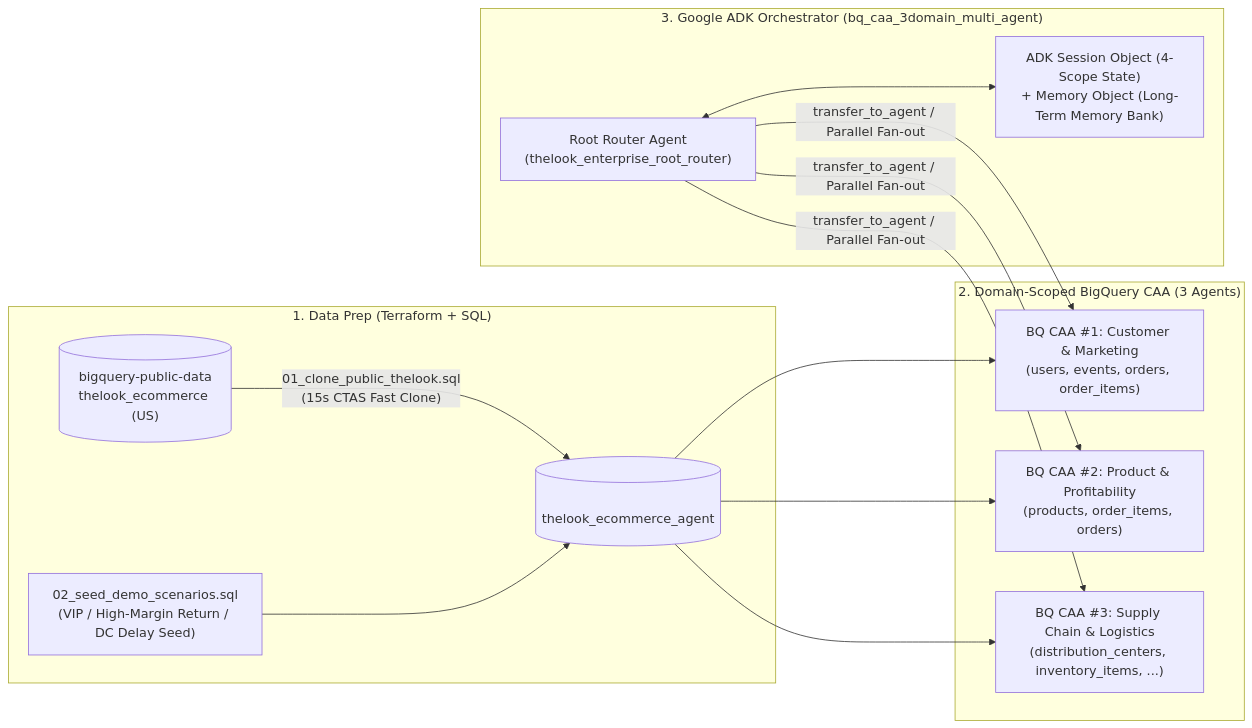
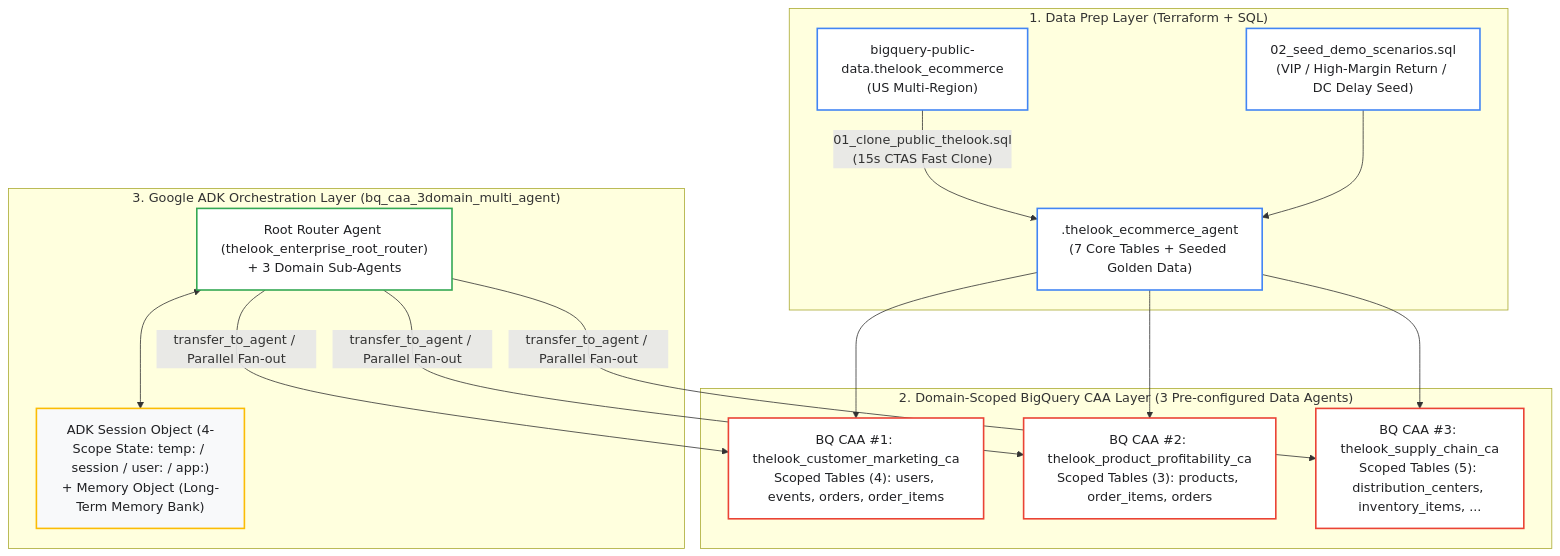
Before and after one commit to rhkim77/adk_with_bq_caa_lab: the diagram in README.md, drawn with Mermaid. The commit also changed other lines of this file and 3 other files, not shown here.

Commit message:
docs: rewrite repository markdown guides to conform to CE authoring and Mermaid standards

````diff
--- a/README.md
+++ b/README.md
@@ -30,25 +32,30 @@
 ```mermaid
-flowchart LR
-  subgraph DataPrep["1. Data Prep (Terraform + SQL)"]
-    PUB[("bigquery-public-data<br/>thelook_ecommerce (US)")] -->|"01_clone_public_thelook.sql<br/>(15s CTAS Fast Clone)"| DS[("<USER_PROJECT><br/>thelook_ecommerce_agent")]
-    SEED["02_seed_demo_scenarios.sql<br/>(VIP / High-Margin Return / DC Delay Seed)"] --> DS
+flowchart TD
+  classDef prepNode fill:#FFFFFF,stroke:#4285F4,stroke-width:2px,color:#202124
+  classDef caaNode fill:#FFFFFF,stroke:#EA4335,stroke-width:2px,color:#202124
+  classDef adkNode fill:#FFFFFF,stroke:#34A853,stroke-width:2px,color:#202124
+  classDef stateNode fill:#F8F9FA,stroke:#FBBC04,stroke-width:2px,color:#202124
+
+  subgraph DataPrep["1. Data Prep Layer (Terraform + SQL)"]
+    PUB["bigquery-public-data.thelook_ecommerce<br/>(US Multi-Region)"]:::prepNode -->|"01_clone_public_thelook.sql<br/>(15s CTAS Fast Clone)"| DS["<USER_PROJECT>.thelook_ecommerce_agent<br/>(7 Core Tables + Seeded Golden Data)"]:::prepNode
+    SEED["02_seed_demo_scenarios.sql<br/>(VIP / High-Margin Return / DC Delay Seed)"]:::prepNode --> DS
   end
 
-  subgraph CAALayer["2. Domain-Scoped BigQuery CAA (3 Agents)"]
-    CAA1["BQ CAA #1: Customer & Marketing<br/>(users, events, orders, order_items)"]
-    CAA2["BQ CAA #2: Product & Profitability<br/>(products, order_items, orders)"]
-    CAA3["BQ CAA #3: Supply Chain & Logistics<br/>(distribution_centers, inventory_items, ...)"]
+  subgraph CAALayer["2. Domain-Scoped BigQuery CAA Layer (3 Pre-configured Data Agents)"]
+    CAA1["BQ CAA #1: thelook_customer_marketing_ca<br/>Scoped Tables (4): users, events, orders, order_items"]:::caaNode
+    CAA2["BQ CAA #2: thelook_product_profitability_ca<br/>Scoped Tables (3): products, order_items, orders"]:::caaNode
+    CAA3["BQ CAA #3: thelook_supply_chain_ca<br/>Scoped Tables (5): distribution_centers, inventory_items, ..."]:::caaNode
     DS --> CAA1
     DS --> CAA2
     DS --> CAA3
   end
 
-  subgraph ADKLayer["3. Google ADK Orchestrator (bq_caa_3domain_multi_agent)"]
-    ROOT["Root Router Agent<br/>(thelook_enterprise_root_router)"]
-    SM["ADK Session Object (4-Scope State)<br/>+ Memory Object (Long-Term Memory Bank)"]
+  subgraph ADKLayer["3. Google ADK Orchestration Layer (bq_caa_3domain_multi_agent)"]
+    ROOT["Root Router Agent (thelook_enterprise_root_router)<br/>+ 3 Domain Sub-Agents"]:::adkNode
+    SM["ADK Session Object (4-Scope State: temp: / session / user: / app:)<br/>+ Memory Object (Long-Term Memory Bank)"]:::stateNode
     ROOT <--> SM
-    ROOT -->|transfer_to_agent / Parallel Fan-out| CAA1
-    ROOT -->|transfer_to_agent / Parallel Fan-out| CAA2
-    ROOT -->|transfer_to_agent / Parallel Fan-out| CAA3
+    ROOT -->|"transfer_to_agent / Parallel Fan-out"| CAA1
+    ROOT -->|"transfer_to_agent / Parallel Fan-out"| CAA2
+    ROOT -->|"transfer_to_agent / Parallel Fan-out"| CAA3
   end
 ```
````
